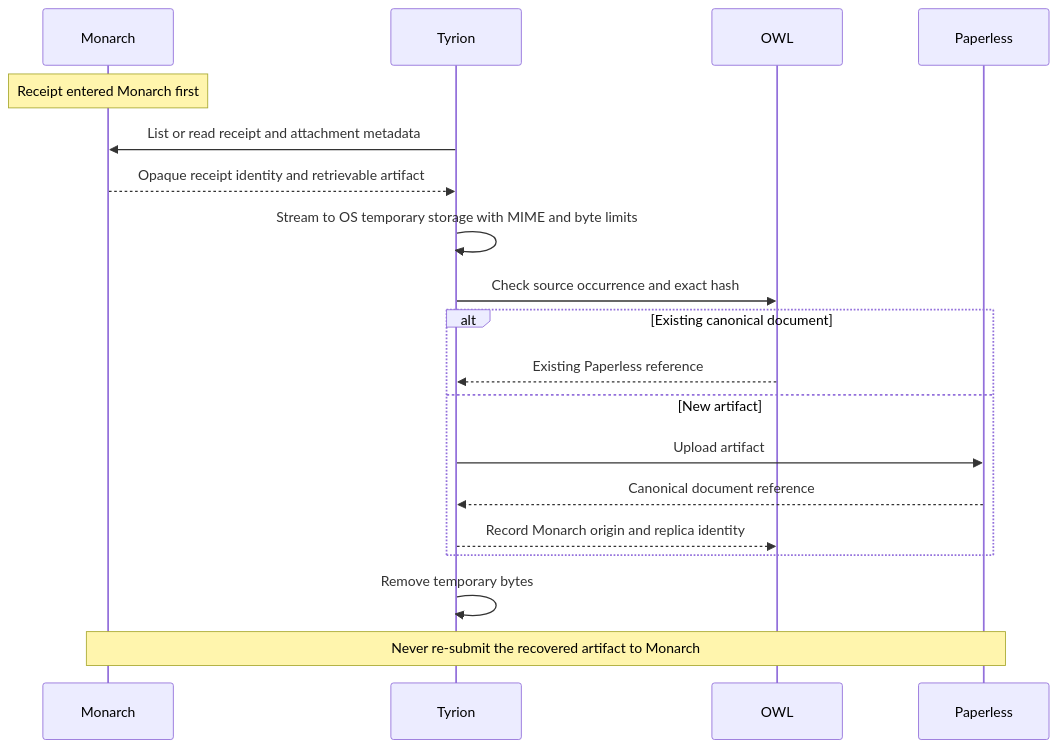
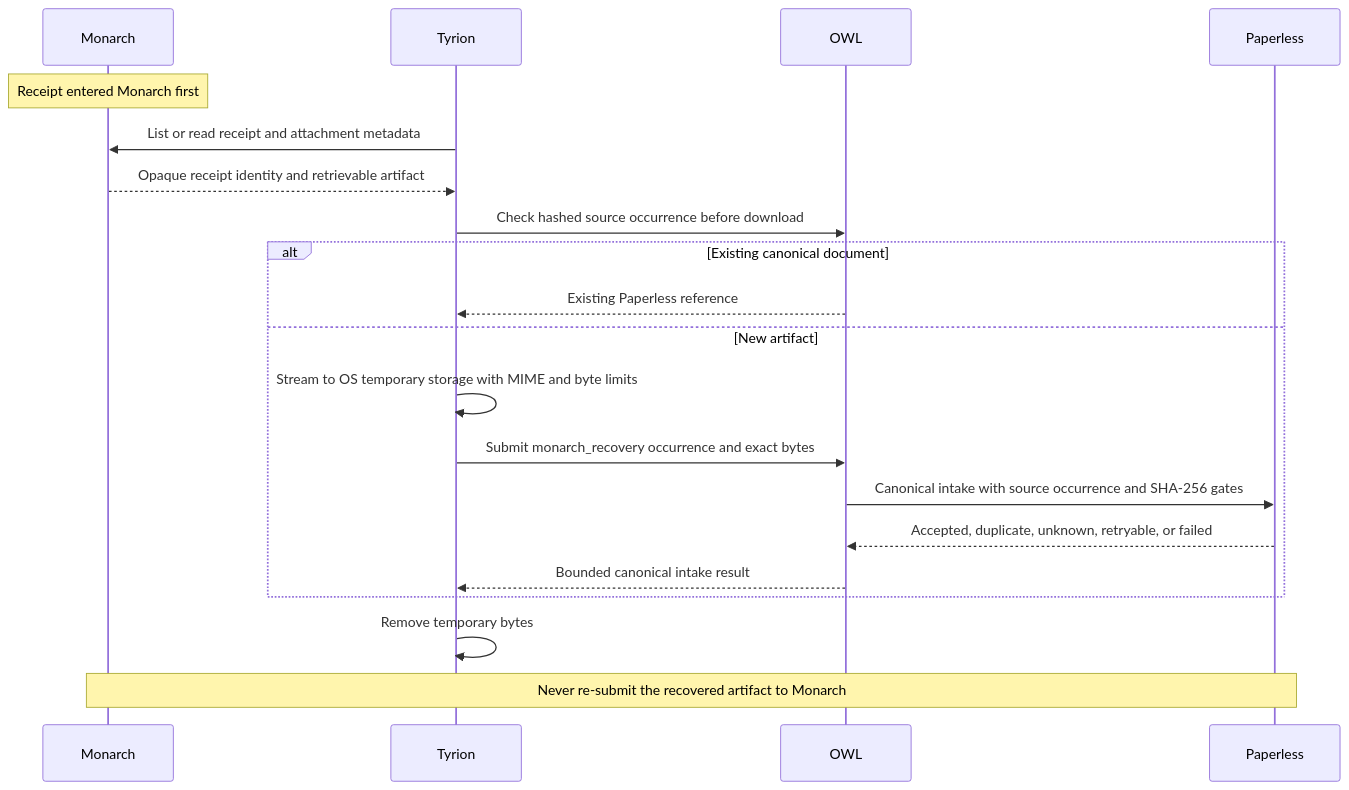
One commit to rsocko/tyrion changed the fifth of 9 diagrams in docs/RECEIPT-RECONCILIATION-ARCHITECTURE.md. Above: the diagram before and after it, drawn with Mermaid. The commit also changed other lines of this file and 15 other files, not shown here.

First line of the commit message:
Add Monarch receipt recovery worker (#286)

````diff
--- a/docs/RECEIPT-RECONCILIATION-ARCHITECTURE.md
+++ b/docs/RECEIPT-RECONCILIATION-ARCHITECTURE.md
@@ -188,22 +188,23 @@
 ```mermaid
 sequenceDiagram
     participant M as Monarch
     participant T as Tyrion
     participant O as OWL
     participant P as Paperless
 
     Note over M: Receipt entered Monarch first
     T->>M: List or read receipt and attachment metadata
     M-->>T: Opaque receipt identity and retrievable artifact
-    T->>T: Stream to OS temporary storage with MIME and byte limits
-    T->>O: Check source occurrence and exact hash
+    T->>O: Check hashed source occurrence before download
     alt Existing canonical document
         O-->>T: Existing Paperless reference
     else New artifact
-        T->>P: Upload artifact
-        P-->>T: Canonical document reference
-        T-->>O: Record Monarch origin and replica identity
+        T->>T: Stream to OS temporary storage with MIME and byte limits
+        T->>O: Submit monarch_recovery occurrence and exact bytes
+        O->>P: Canonical intake with source occurrence and SHA-256 gates
+        P-->>O: Accepted, duplicate, unknown, retryable, or failed
+        O-->>T: Bounded canonical intake result
     end
     T->>T: Remove temporary bytes
     Note over M,P: Never re-submit the recovered artifact to Monarch
 ```
````
